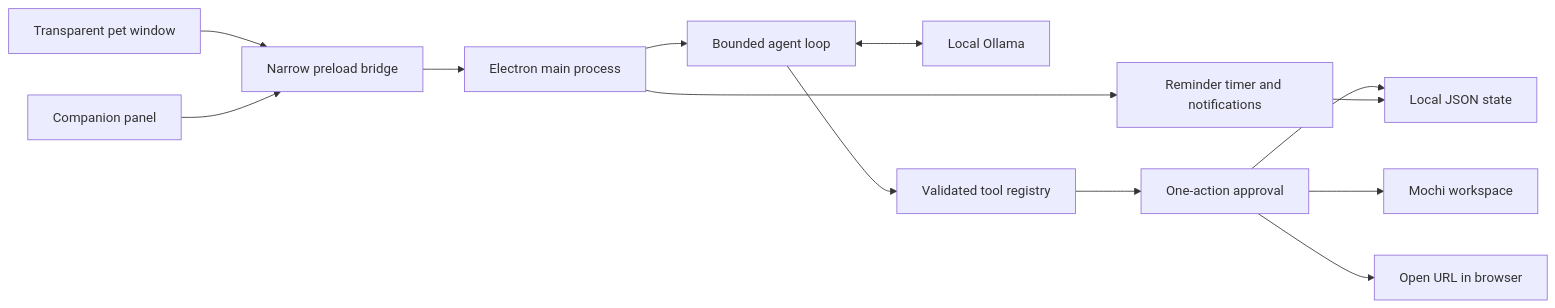
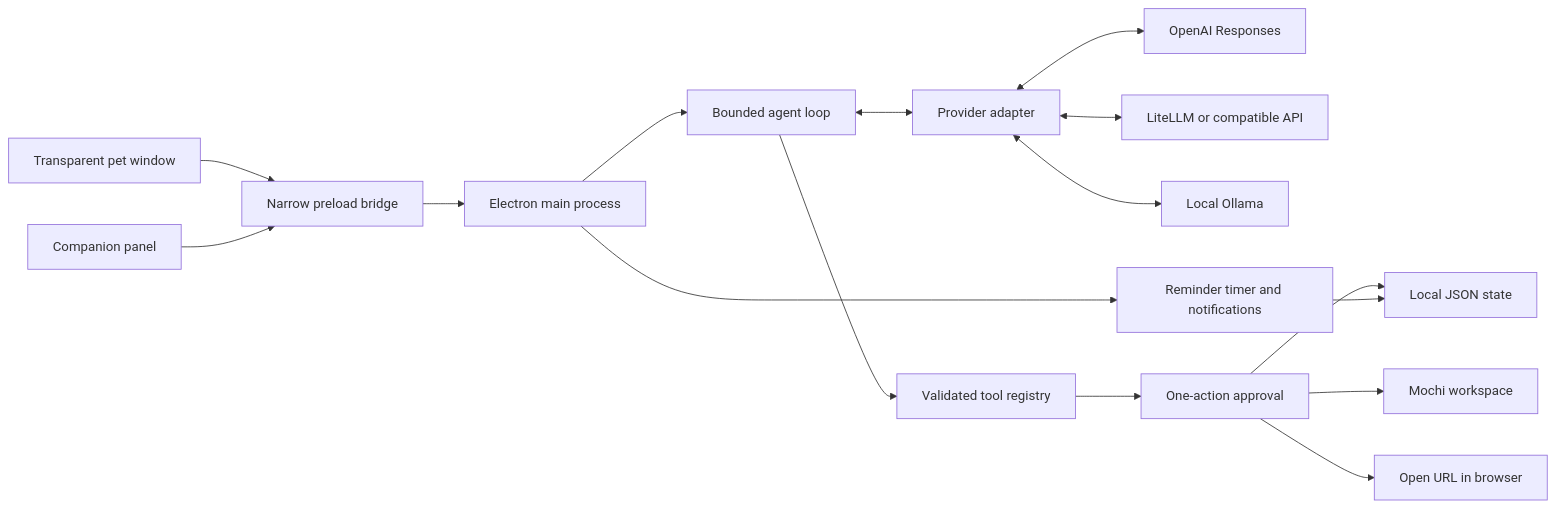
Before and after one commit to tarunajjarapu/mochi: the diagram in docs/ARCHITECTURE.md, drawn with Mermaid. The commit also changed other lines of this file and 17 other files, not shown here.

Commit message:
Default to OpenAI and support LiteLLM model routing

````diff
--- a/docs/ARCHITECTURE.md
+++ b/docs/ARCHITECTURE.md
@@ -5,15 +5,18 @@
 ```mermaid
 flowchart LR
   Pet[Transparent pet window] --> IPC[Narrow preload bridge]
   Chat[Companion panel] --> IPC
   IPC --> Main[Electron main process]
   Main --> Agent[Bounded agent loop]
-  Agent <--> Model[Local Ollama]
+  Agent <--> Adapter[Provider adapter]
+  Adapter <--> OpenAI[OpenAI Responses]
+  Adapter <--> Proxy[LiteLLM or compatible API]
+  Adapter <--> Ollama[Local Ollama]
   Agent --> Tools[Validated tool registry]
   Tools --> Approval[One-action approval]
   Approval --> Store[Local JSON state]
   Approval --> Files[Mochi workspace]
   Approval --> Browser[Open URL in browser]
   Main --> Reminders[Reminder timer and notifications]
   Reminders --> Store
 ```
````
